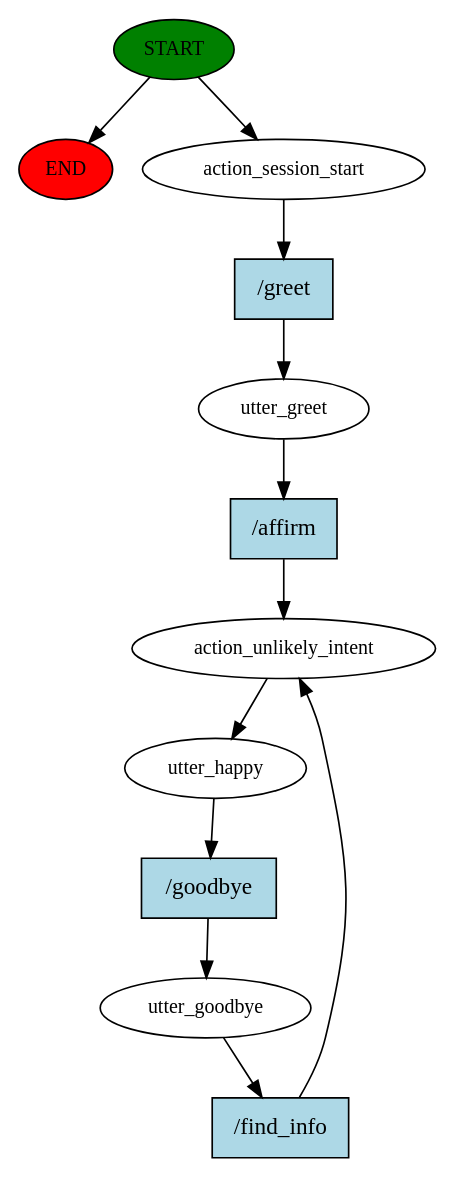
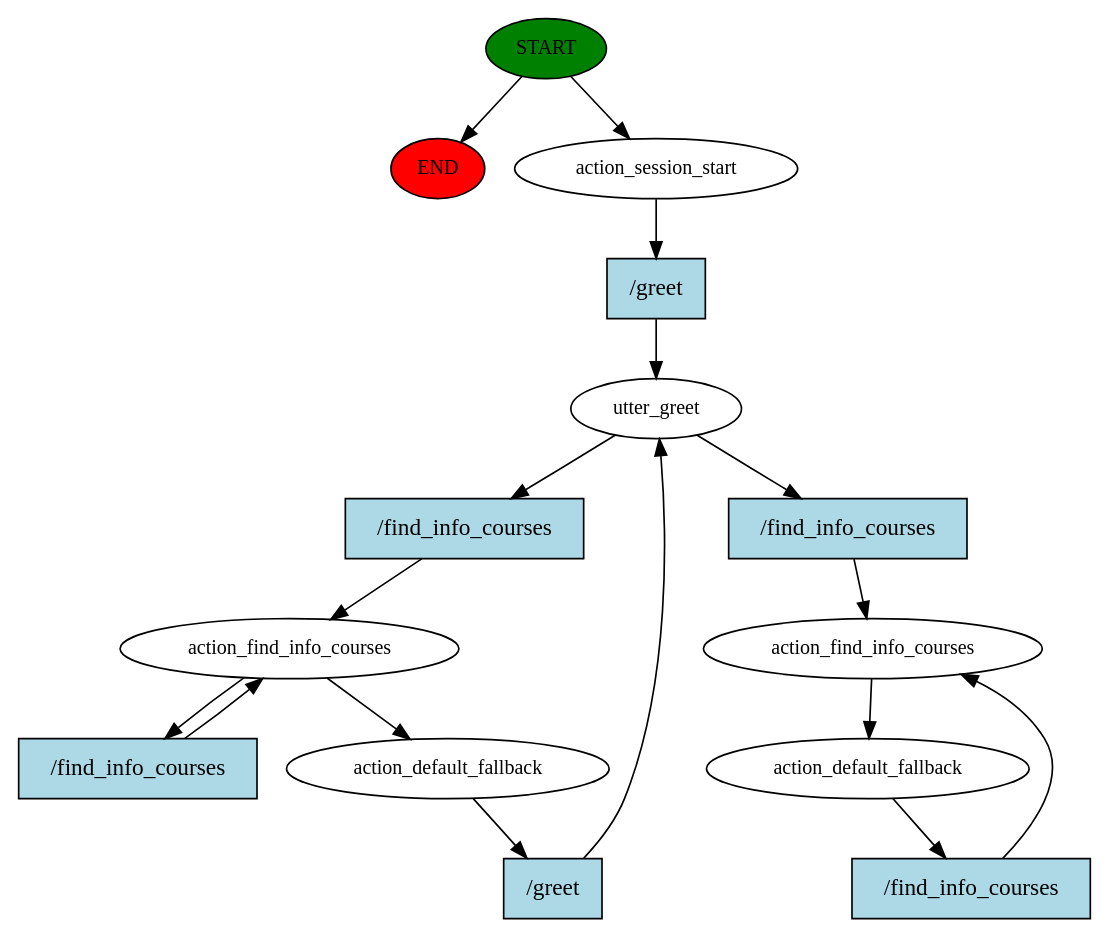
The diagram in story_graph.dot (FedeMiscia/Chatbot-Project), drawn with Graphviz before and after one commit. The commit also changed 283 other files, not shown here.

```diff
--- a/story_graph.dot
+++ b/story_graph.dot
@@ -1,24 +1,32 @@
 digraph  {
 0 [class="start active", fillcolor=green, fontsize=12, label=START, style=filled];
 "-1" [class=end, fillcolor=red, fontsize=12, label=END, style=filled];
 1 [class=active, fontsize=12, label=action_session_start];
 2 [class=active, fontsize=12, label=utter_greet];
-3 [class=active, fontsize=12, label=action_unlikely_intent];
-4 [class="active dashed", fontsize=12, label=utter_happy];
-5 [class=active, fontsize=12, label=utter_goodbye];
-8 [class="intent active", fillcolor=lightblue, label="/greet", shape=rect, style=filled];
-9 [class="intent active", fillcolor=lightblue, label="/affirm", shape=rect, style=filled];
-10 [class="intent active", fillcolor=lightblue, label="/goodbye", shape=rect, style=filled];
-11 [class="intent active", fillcolor=lightblue, label="/find_info", shape=rect, style=filled];
+3 [class=active, fontsize=12, label=action_find_info_courses];
+5 [class=active, fontsize=12, label=action_default_fallback];
+7 [class=active, fontsize=12, label=action_find_info_courses];
+8 [class="active dashed", fontsize=12, label=action_default_fallback];
+11 [class="intent active", fillcolor=lightblue, label="/greet", shape=rect, style=filled];
+12 [class="intent active", fillcolor=lightblue, label="/find_info_courses", shape=rect, style=filled];
+13 [class="intent active", fillcolor=lightblue, label="/find_info_courses", shape=rect, style=filled];
+14 [class="intent active", fillcolor=lightblue, label="/find_info_courses", shape=rect, style=filled];
+15 [class="intent active", fillcolor=lightblue, label="/greet", shape=rect, style=filled];
+16 [class="intent active", fillcolor=lightblue, label="/find_info_courses", shape=rect, style=filled];
 0 -> "-1"  [class="", key=NONE, label=""];
 0 -> 1  [class=active, key=NONE, label=""];
-1 -> 8  [class=active, key=0];
-2 -> 9  [class=active, key=0];
-3 -> 4  [class=active, key=NONE, label=""];
-4 -> 10  [class=active, key=0];
-5 -> 11  [class=active, key=0];
-8 -> 2  [class=active, key=0];
-9 -> 3  [class=active, key=0];
-10 -> 5  [class=active, key=0];
-11 -> 3  [class=active, key=0];
+1 -> 11  [class=active, key=0];
+2 -> 12  [class=active, key=0];
+2 -> 13  [class=active, key=0];
+3 -> 5  [class=active, key=NONE, label=""];
+3 -> 14  [class=active, key=0];
+5 -> 15  [class=active, key=0];
+7 -> 8  [class=active, key=NONE, label=""];
+8 -> 16  [class=active, key=0];
+11 -> 2  [class=active, key=0];
+12 -> 3  [class=active, key=0];
+13 -> 7  [class=active, key=0];
+14 -> 3  [class=active, key=0];
+15 -> 2  [class=active, key=0];
+16 -> 7  [class=active, key=0];
 }
```
